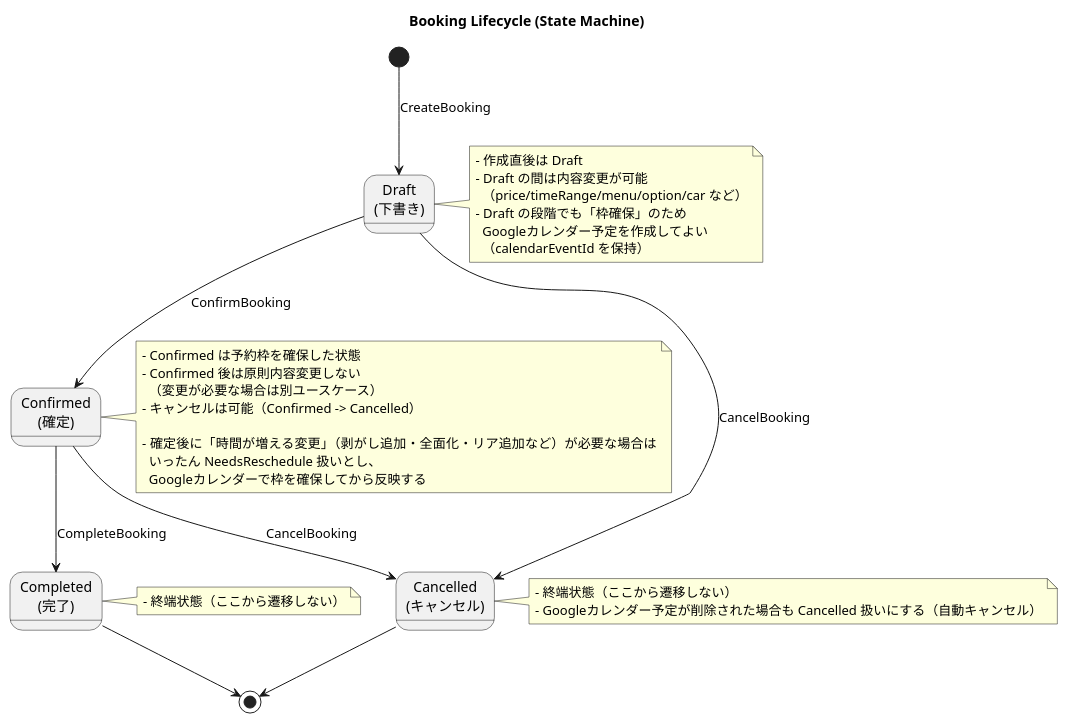
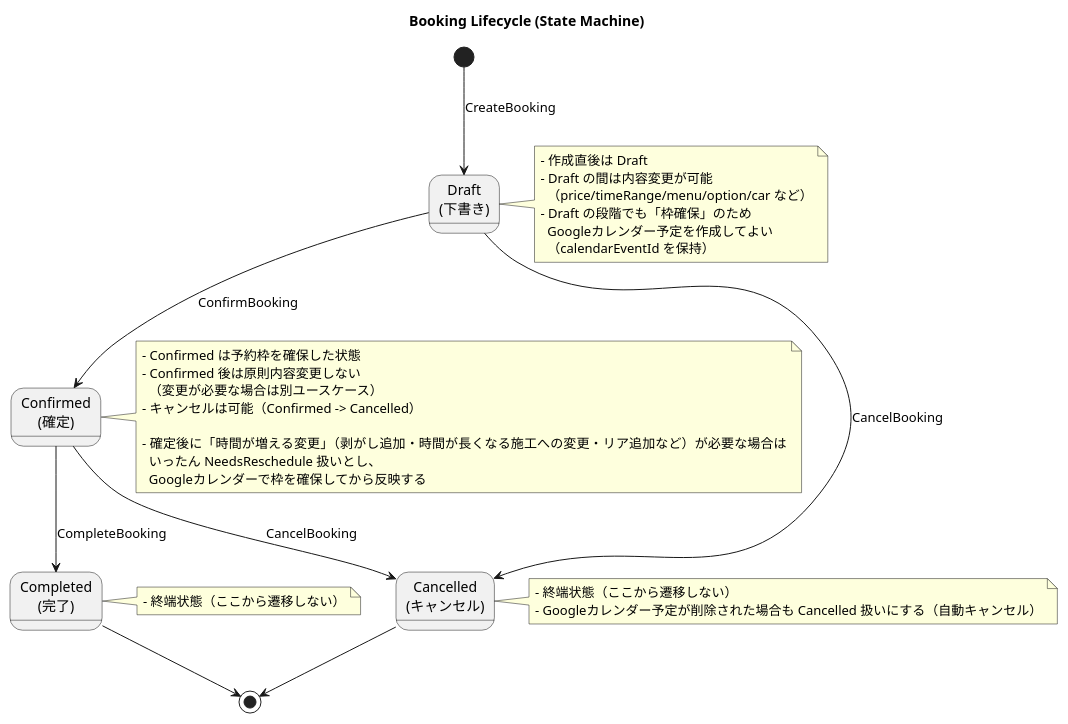
Before and after one commit to misdo-tabeyo/funny-reservation: the diagram in src/Domain/models/Booking/BookingLifecycle.pu, drawn with PlantUML. The commit also changed 7 other files, not shown here.

```diff
--- a/src/Domain/models/Booking/BookingLifecycle.pu
+++ b/src/Domain/models/Booking/BookingLifecycle.pu
@@ -1,49 +1,49 @@
 @startuml BookingLifecycle
 title Booking Lifecycle (State Machine)
 
 state "Draft\n(下書き)" as DRAFT
 state "Confirmed\n(確定)" as CONFIRMED
 state "Cancelled\n(キャンセル)" as CANCELLED
 state "Completed\n(完了)" as COMPLETED
 
 [*] --> DRAFT : CreateBooking
 
 DRAFT --> CONFIRMED : ConfirmBooking
 DRAFT --> CANCELLED : CancelBooking
 
 CONFIRMED --> COMPLETED : CompleteBooking
 CONFIRMED --> CANCELLED : CancelBooking
 
 CANCELLED --> [*]
 COMPLETED --> [*]
 
 note right of DRAFT
   - 作成直後は Draft
   - Draft の間は内容変更が可能
     （price/timeRange/menu/option/car など）
   - Draft の段階でも「枠確保」のため
     Googleカレンダー予定を作成してよい
     （calendarEventId を保持）
 end note
 
 note right of CONFIRMED
   - Confirmed は予約枠を確保した状態
   - Confirmed 後は原則内容変更しない
     （変更が必要な場合は別ユースケース）
   - キャンセルは可能（Confirmed -> Cancelled）
 
-  - 確定後に「時間が増える変更」（剥がし追加・全面化・リア追加など）が必要な場合は
+  - 確定後に「時間が増える変更」（剥がし追加・時間が長くなる施工への変更・リア追加など）が必要な場合は
     いったん NeedsReschedule 扱いとし、
     Googleカレンダーで枠を確保してから反映する
 end note
 
 note right of CANCELLED
   - 終端状態（ここから遷移しない）
   - Googleカレンダー予定が削除された場合も Cancelled 扱いにする（自動キャンセル）
 end note
 
 note right of COMPLETED
   - 終端状態（ここから遷移しない）
 end note
 
 @enduml
```
